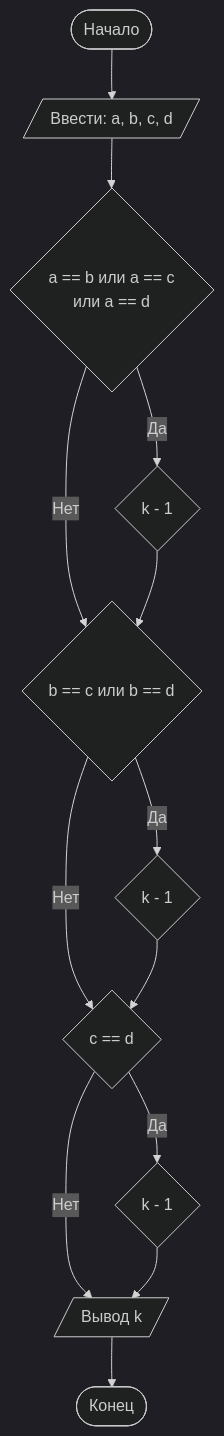
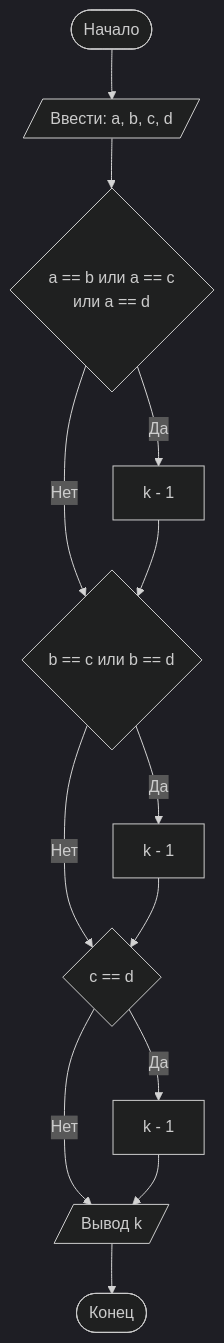
One commit to coffee-lovers-code/algorithms-lab-1 changed the diagram in README.md. Above: the diagram before and after it, drawn with Mermaid (dark theme). The commit also changed other lines of this file, not shown here.

````diff
--- a/README.md
+++ b/README.md
@@ -82,17 +80,17 @@
 ```mermaid
 graph TD
     A([Начало]) --> B[/Ввести: a, b, c, d/]
     B --> C{a == b или a == c 
     или a == d}
     C -- Нет --> D{b == c или b == d}
     D -- Нет --> E{c == d}
     E -- Нет --> F[/Вывод k/]
     F --> G([Конец])
-    E -- Да --> H{k - 1}
+    E -- Да --> H[k - 1]
     H --> F
-    D -- Да --> I{k - 1}
+    D -- Да --> I[k - 1]
     I --> E
-    C -- Да --> J{k - 1}
+    C -- Да --> J[k - 1]
     J --> D
 
 ```
````
